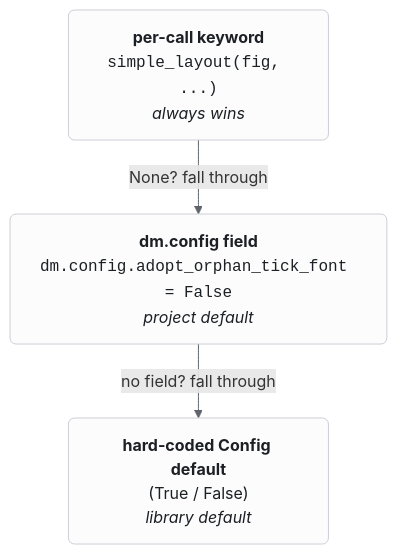
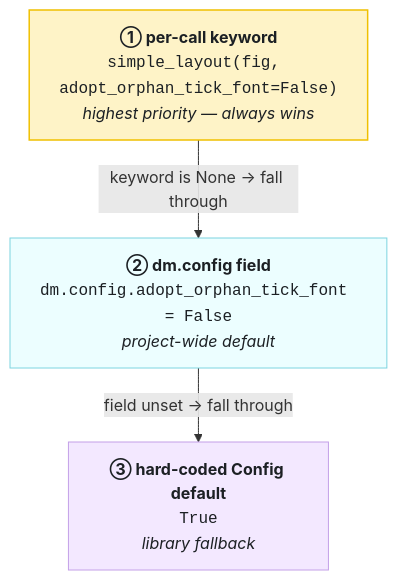
One commit to dartworklabs/dartwork-mpl changed the diagram in docs/usage_guide/config.md. Above: the diagram before and after it, drawn with Mermaid. The commit also changed 8 other files, not shown here.

````diff
--- a/docs/usage_guide/config.md
+++ b/docs/usage_guide/config.md
@@ -122,13 +122,12 @@
 ```{mermaid}
 flowchart TD
-    A["<b>per-call keyword</b><br/><code>simple_layout(fig, ...)</code><br/><i>always wins</i>"]
-    B["<b>dm.config field</b><br/><code>dm.config.adopt_orphan_tick_font = False</code><br/><i>project default</i>"]
-    C["<b>hard-coded Config default</b><br/>(True / False)<br/><i>library default</i>"]
-    A -->|"None? fall through"| B
-    B -->|"no field? fall through"| C
+    A["<b>① per-call keyword</b><br/><code>simple_layout(fig, adopt_orphan_tick_font=False)</code><br/><i>highest priority — always wins</i>"]
+    B["<b>② dm.config field</b><br/><code>dm.config.adopt_orphan_tick_font = False</code><br/><i>project-wide default</i>"]
+    C["<b>③ hard-coded Config default</b><br/><code>True</code><br/><i>library fallback</i>"]
+    A -->|"keyword is None → fall through"| B
+    B -->|"field unset → fall through"| C
 
-    classDef node fill:#fcfcfd,stroke:#cdced6,stroke-width:1px,color:#1c2024,rx:6,ry:6;
-    class A,B,C node;
-    linkStyle 0 stroke:#60646c,stroke-width:1px;
-    linkStyle 1 stroke:#60646c,stroke-width:1px;
+    style A fill:#fef3c7,stroke:#f0c000,stroke-width:1.5px,color:#1c2024
+    style B fill:#ecfeff,stroke:#7cd4e0,stroke-width:1px,color:#1c2024
+    style C fill:#f3e8ff,stroke:#c4a0e8,stroke-width:1px,color:#1c2024
 ```
````
